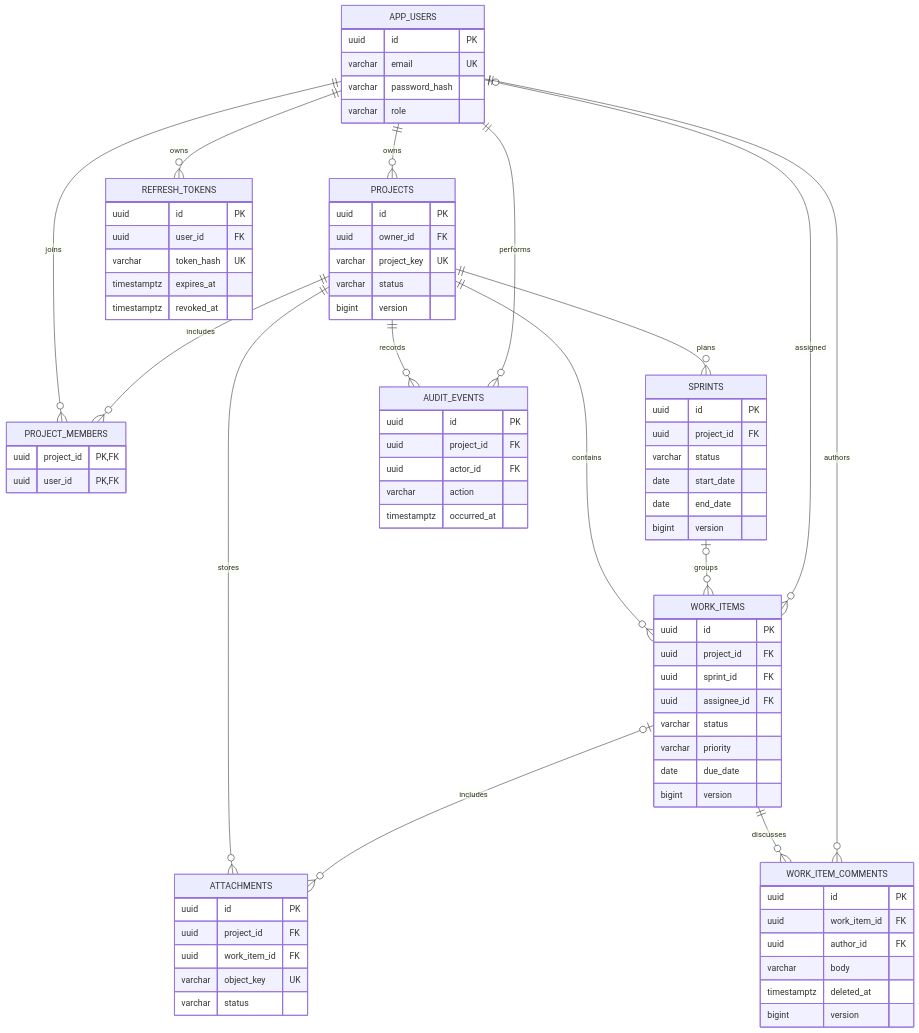
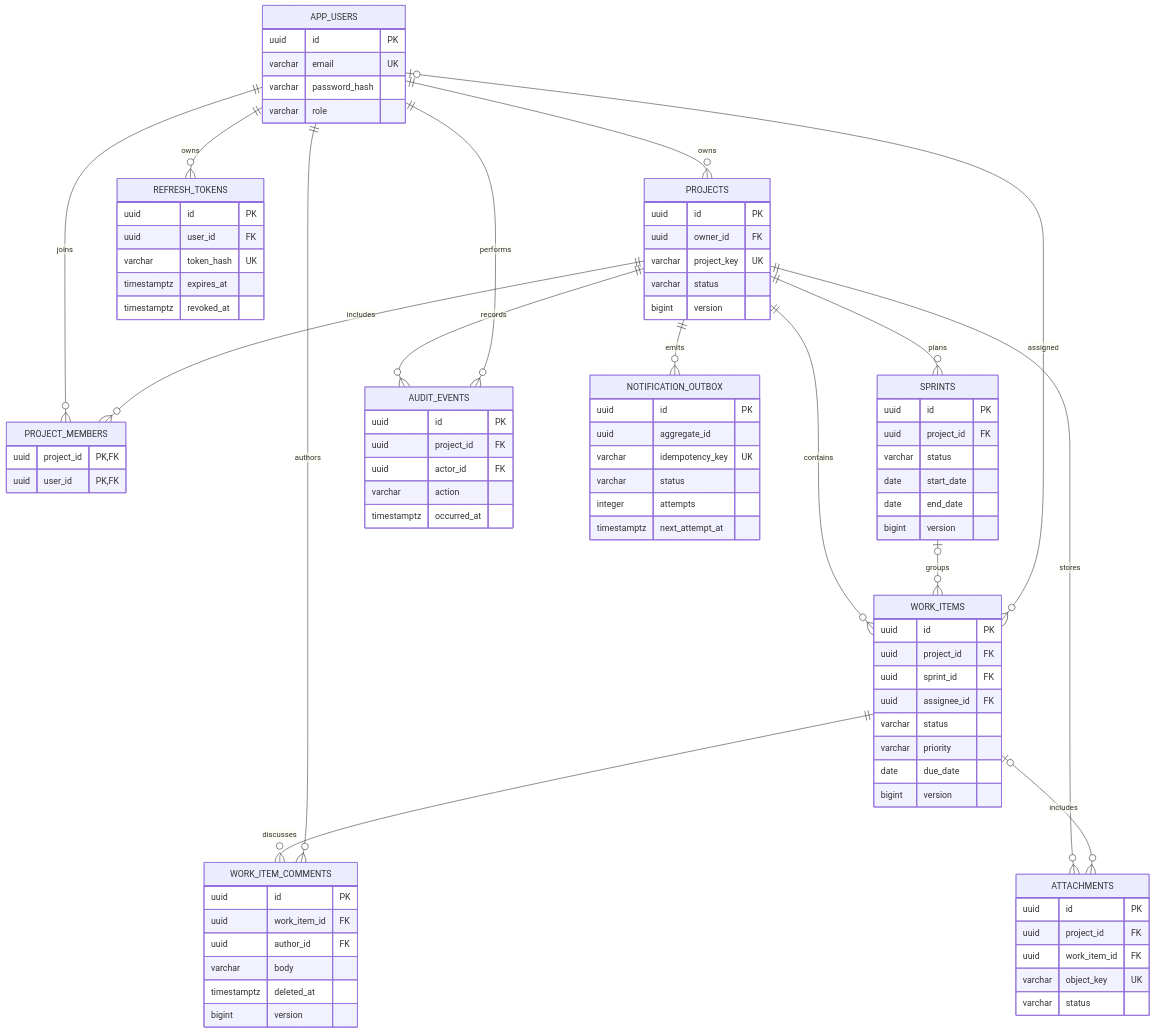
One commit to Goureesankarr/sprintforge changed the third of 3 diagrams in docs/architecture.md. Above: the diagram before and after it, drawn with Mermaid. The commit also changed other lines of this file and 28 other files, not shown here.

````diff
--- a/docs/architecture.md
+++ b/docs/architecture.md
@@ -124,6 +125,14 @@
         varchar object_key UK
         varchar status
     }
+    NOTIFICATION_OUTBOX {
+        uuid id PK
+        uuid aggregate_id
+        varchar idempotency_key UK
+        varchar status
+        integer attempts
+        timestamptz next_attempt_at
+    }
 
     APP_USERS ||--o{ PROJECTS : owns
     APP_USERS ||--o{ PROJECT_MEMBERS : joins
@@ -139,4 +148,5 @@
     APP_USERS ||--o{ REFRESH_TOKENS : owns
     PROJECTS ||--o{ ATTACHMENTS : stores
     WORK_ITEMS o|--o{ ATTACHMENTS : includes
+    PROJECTS ||--o{ NOTIFICATION_OUTBOX : emits
 ```
````
